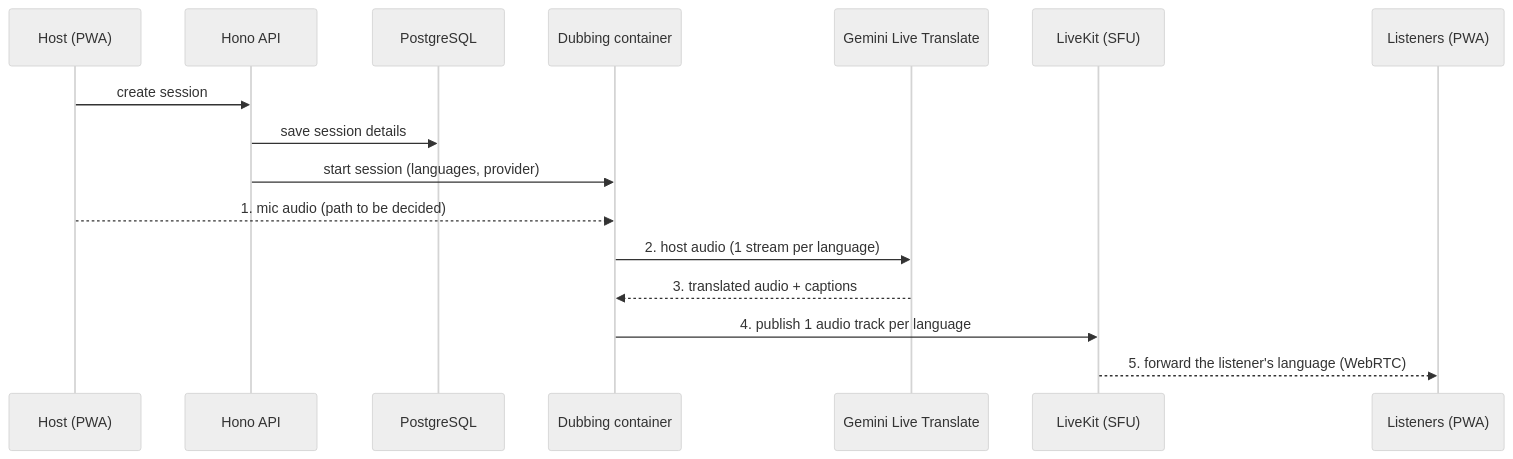
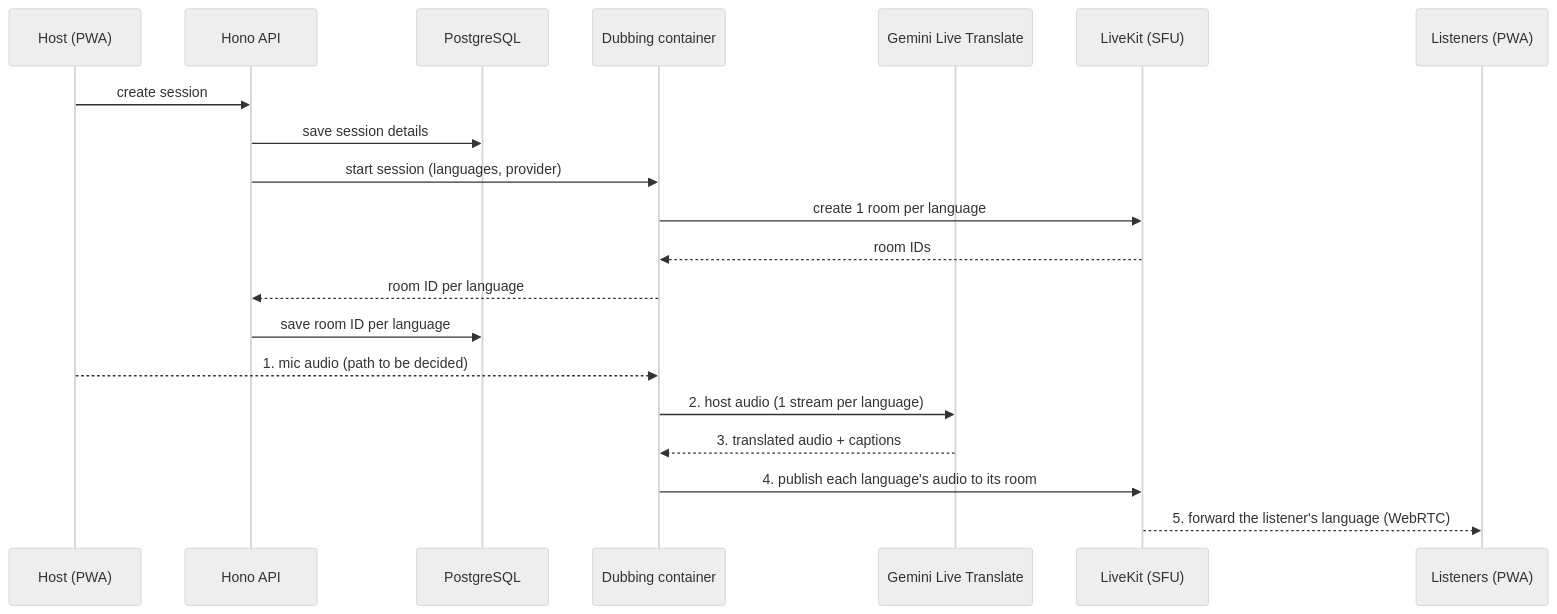
Before and after one commit to WH1TE-SHAD0W/ai-dubbing-studio: the second of 5 diagrams in docs/architecture.md, drawn with Mermaid (neutral theme). The commit also changed other lines of this file and 1 other file, not shown here.

Commit message:
docs: show LiveKit room per language and where its ID is stored (YGP-2)

````diff
--- a/docs/architecture.md
+++ b/docs/architecture.md
@@ -53,18 +52,22 @@
 ```mermaid
 sequenceDiagram
   participant H as Host (PWA)
   participant A as Hono API
   participant D as PostgreSQL
   participant C as Dubbing container
   participant G as Gemini Live Translate
   participant K as LiveKit (SFU)
   participant L as Listeners (PWA)
   H->>A: create session
   A->>D: save session details
   A->>C: start session (languages, provider)
+  C->>K: create 1 room per language
+  K-->>C: room IDs
+  C-->>A: room ID per language
+  A->>D: save room ID per language
   H-->>C: 1. mic audio (path to be decided)
   C->>G: 2. host audio (1 stream per language)
   G-->>C: 3. translated audio + captions
-  C->>K: 4. publish 1 audio track per language
+  C->>K: 4. publish each language's audio to its room
   K-->>L: 5. forward the listener's language (WebRTC)
 ```
````
